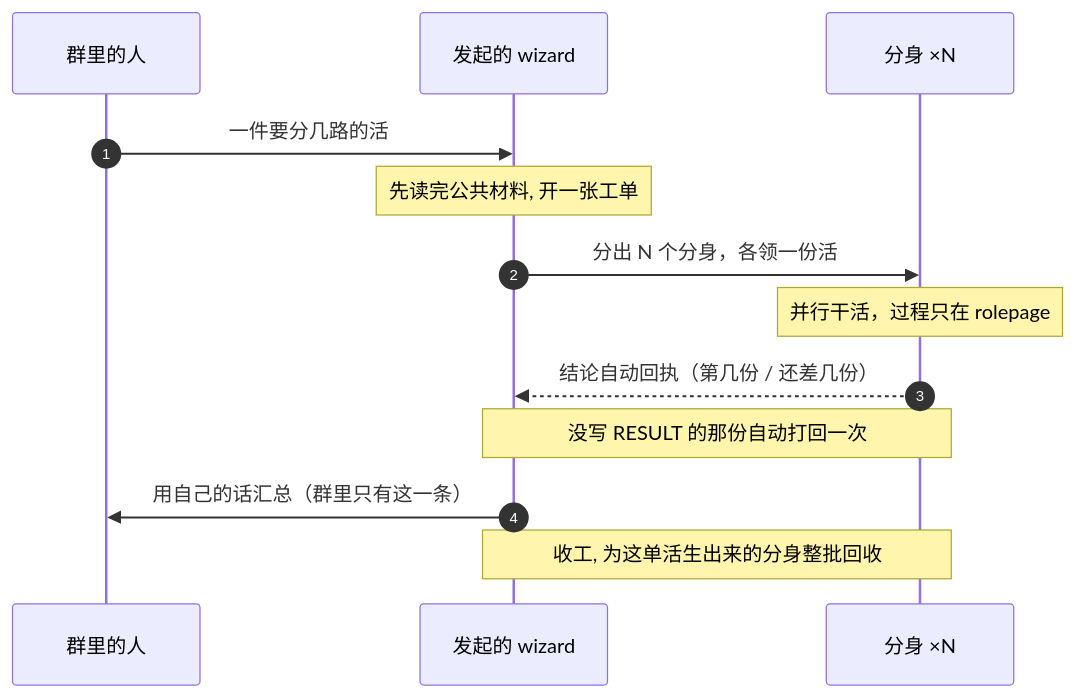
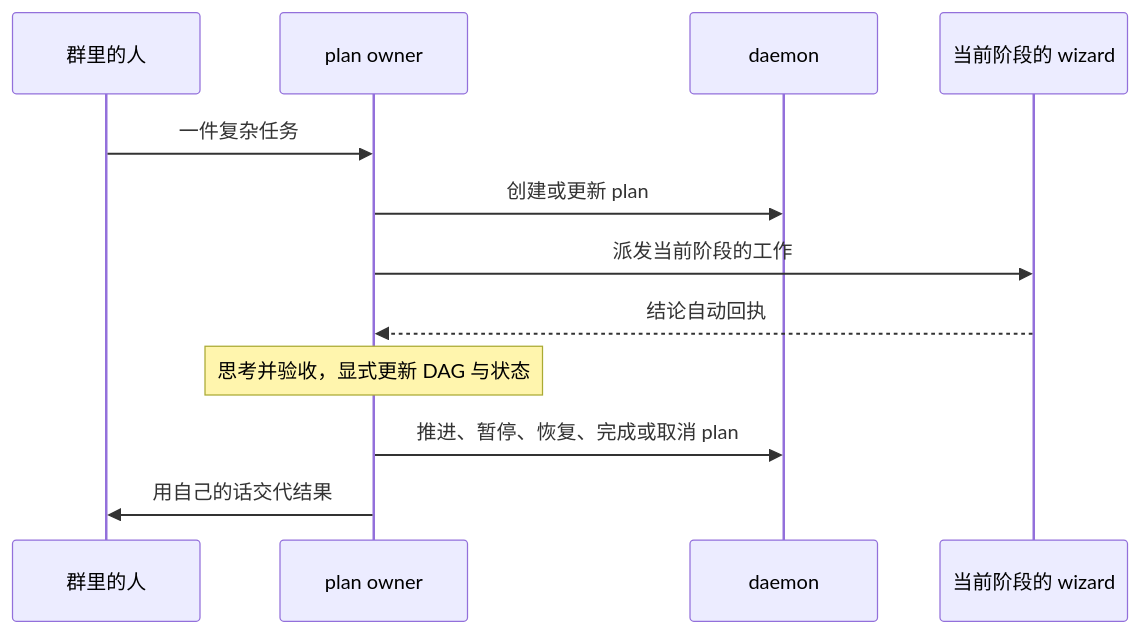
The second of 2 diagrams in README.md (guxi11/wezard), drawn with Mermaid before and after one commit. The commit also changed other lines of this file and 4 other files, not shown here.

````diff
--- a/README.md
+++ b/README.md
@@ -199,16 +199,14 @@
 ```mermaid
 sequenceDiagram
-    autonumber
     participant U as 群里的人
-    participant W as 发起的 wizard
-    participant K as 分身 ×N
-
-    U->>W: 一件要分几路的活
-    Note over W: 先读完公共材料, 开一张工单
-    W->>K: 分出 N 个分身，各领一份活
-    Note over K: 并行干活，过程只在 rolepage
-    K-->>W: 结论自动回执（第几份 / 还差几份）
-    Note over W,K: 没写 RESULT 的那份自动打回一次
-    W->>U: 用自己的话汇总（群里只有这一条）
-    Note over W,K: 收工, 为这单活生出来的分身整批回收
+    participant W as plan owner
+    participant D as daemon
+    participant K as 当前阶段的 wizard
+    U->>W: 一件复杂任务
+    W->>D: 创建或更新 plan
+    W->>K: 派发当前阶段的工作
+    K-->>W: 结论自动回执
+    Note over W: 思考并验收，显式更新 DAG 与状态
+    W->>D: 推进、暂停、恢复、完成或取消 plan
+    W->>U: 用自己的话交代结果
 ```
````
